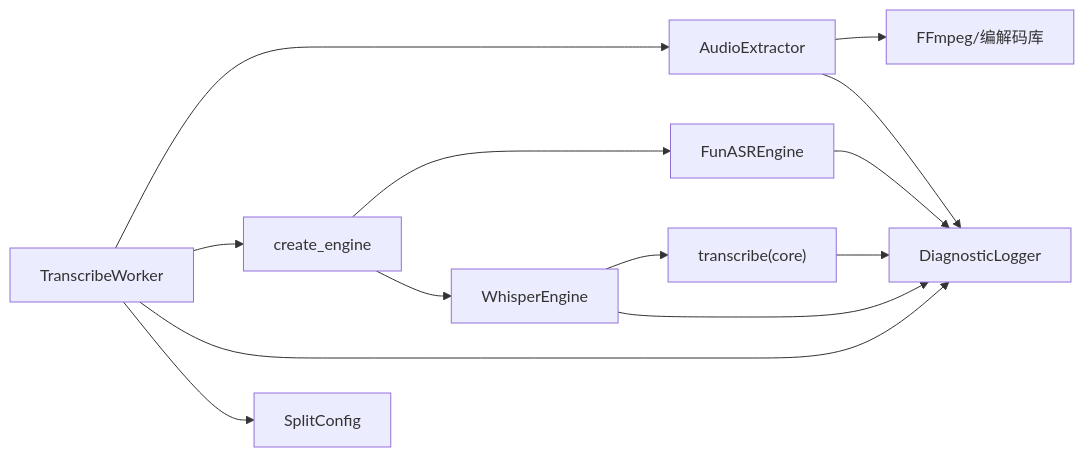
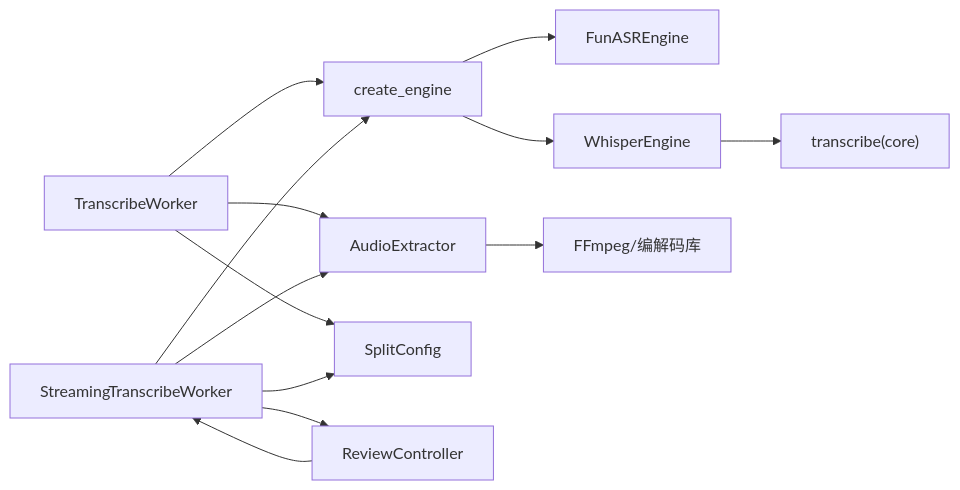
The sixth of 6 diagrams in .qoder/repowiki/zh/content/用户界面/转录工作线程.md (boyingliu01/VideoSplitter), drawn with Mermaid before and after one commit. The commit also changed other lines of this file and 147 other files, not shown here.

````diff
--- a/.qoder/repowiki/zh/content/用户界面/转录工作线程.md
+++ b/.qoder/repowiki/zh/content/用户界面/转录工作线程.md
@@ -383,15 +467,15 @@
 ```mermaid
 graph LR
 Worker["TranscribeWorker"] --> AudioExt["AudioExtractor"]
 Worker --> Factory["create_engine"]
-Worker --> Logger["DiagnosticLogger"]
 Factory --> FunASR["FunASREngine"]
 Factory --> WhisperEng["WhisperEngine"]
 WhisperEng --> Core["transcribe(core)"]
 Worker --> Config["SplitConfig"]
+StreamWorker["StreamingTranscribeWorker"] --> ReviewCtrl["ReviewController"]
+StreamWorker --> AudioExt
+StreamWorker --> Factory
+StreamWorker --> Config
+ReviewCtrl --> StreamWorker
 AudioExt --> FFmpeg["FFmpeg/编解码库"]
-AudioExt --> Logger
-FunASR --> Logger
-WhisperEng --> Logger
-Core --> Logger
 ```
````
